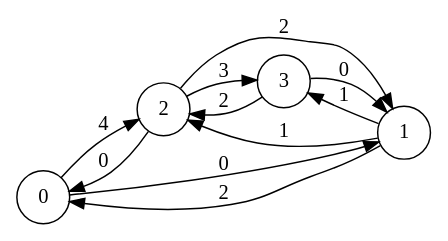
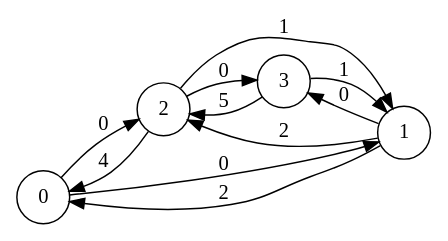
The diagram in ocaml-maxflow-project-master/graphs/res.gv (marietousarr/projetocaml), drawn with Graphviz before and after one commit. The commit also changed 3 other files, not shown here.

```diff
--- a/ocaml-maxflow-project-master/graphs/res.gv
+++ b/ocaml-maxflow-project-master/graphs/res.gv
@@ -1,15 +1,15 @@
 digraph gr {
 	rankdir = LR; 
 	size="8,5"
 	node[shape =circle];
-	0 -> 2 [label = "4"];
+	0 -> 2 [label = "0"];
 	0 -> 1 [label = "0"];
-	1 -> 3 [label = "1"];
+	1 -> 3 [label = "0"];
 	1 -> 0 [label = "2"];
-	1 -> 2 [label = "1"];
-	2 -> 0 [label = "0"];
-	2 -> 1 [label = "2"];
-	2 -> 3 [label = "3"];
-	3 -> 1 [label = "0"];
-	3 -> 2 [label = "2"];
+	1 -> 2 [label = "2"];
+	2 -> 0 [label = "4"];
+	2 -> 1 [label = "1"];
+	2 -> 3 [label = "0"];
+	3 -> 1 [label = "1"];
+	3 -> 2 [label = "5"];
 }
```
